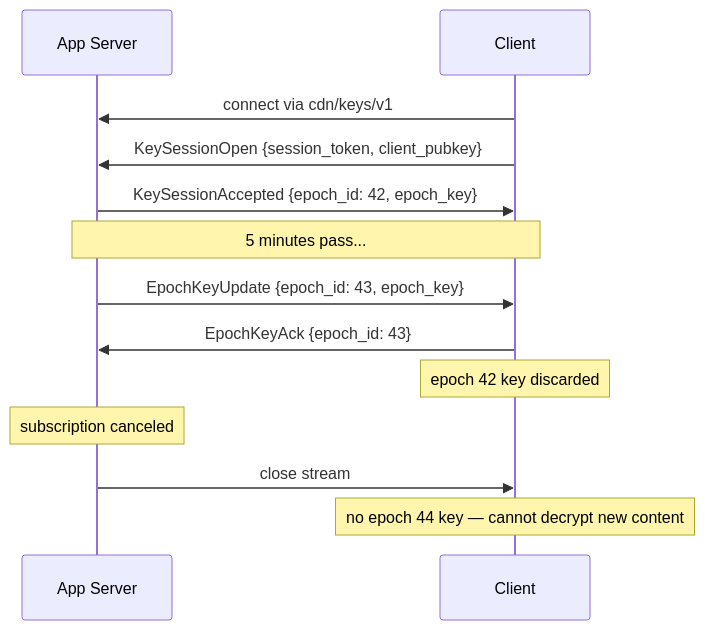
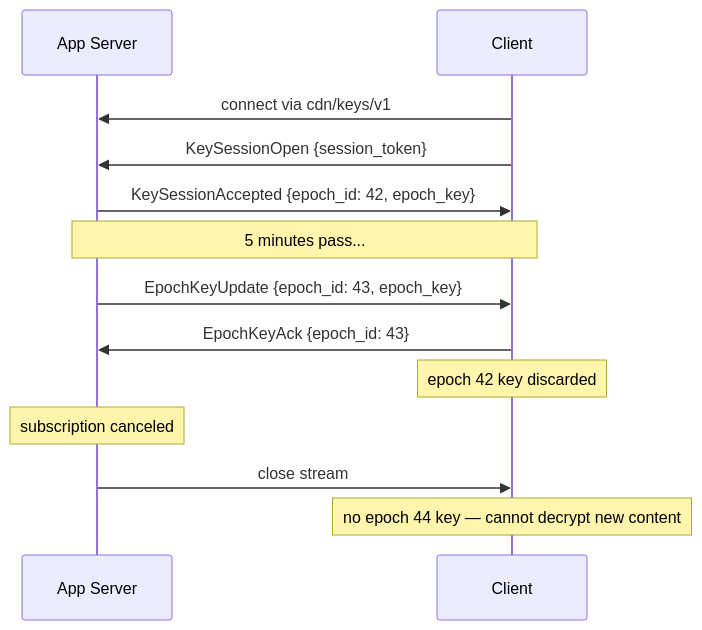
Before and after one commit to decdn/decdn: the first of 4 diagrams in adr/006-e2e-encryption.md, drawn with Mermaid. The commit also changed other lines of this file and 3 other files, not shown here.

First line of the commit message:
docs: address review feedback — remove redundant client_pubkey, fix ALPN/gossip wording, clarify stream vs connection

````diff
--- a/adr/006-e2e-encryption.md
+++ b/adr/006-e2e-encryption.md
@@ -62,20 +62,20 @@
 ```mermaid
 sequenceDiagram
     participant A as App Server
     participant C as Client
 
     C->>A: connect via cdn/keys/v1
-    C->>A: KeySessionOpen {session_token, client_pubkey}
+    C->>A: KeySessionOpen {session_token}
     A->>C: KeySessionAccepted {epoch_id: 42, epoch_key}
 
     Note over A,C: 5 minutes pass...
 
     A->>C: EpochKeyUpdate {epoch_id: 43, epoch_key}
     C->>A: EpochKeyAck {epoch_id: 43}
     Note over C: epoch 42 key discarded
 
     Note over A: subscription canceled
 
     A->>C: close stream
     Note over C: no epoch 44 key — cannot decrypt new content
 ```
````
